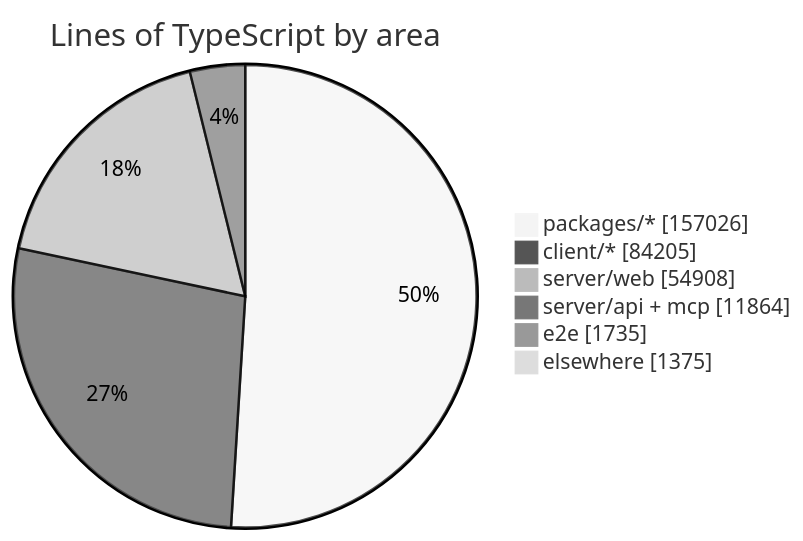
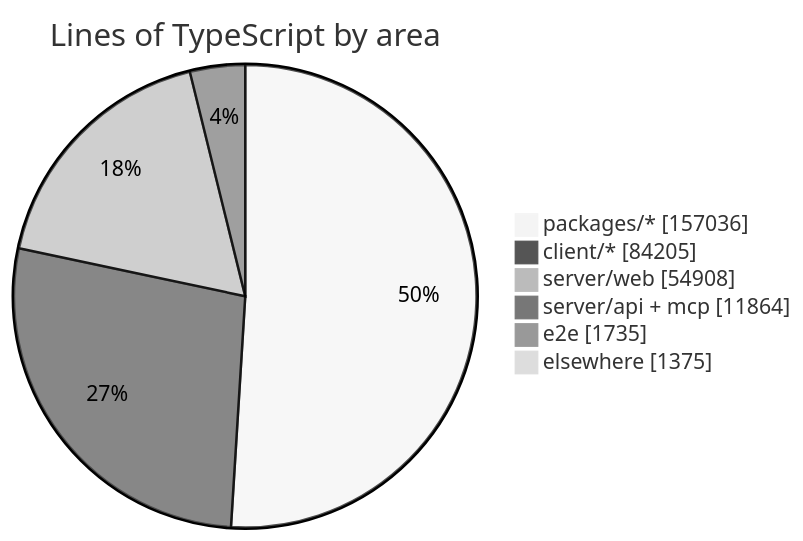
The diagram in README.md (crossworks-engineering/mantle), drawn with Mermaid (neutral theme) before and after one commit. The commit also changed other lines of this file and 4 other files, not shown here.

````diff
--- a/README.md
+++ b/README.md
@@ -279,9 +279,9 @@
 ```mermaid
 pie showData title Lines of TypeScript by area
-    "packages/*" : 157026
+    "packages/*" : 157036
     "client/*" : 84205
     "server/web" : 54908
     "server/api + mcp" : 11864
     "e2e" : 1735
     "elsewhere" : 1375
 ```
````
